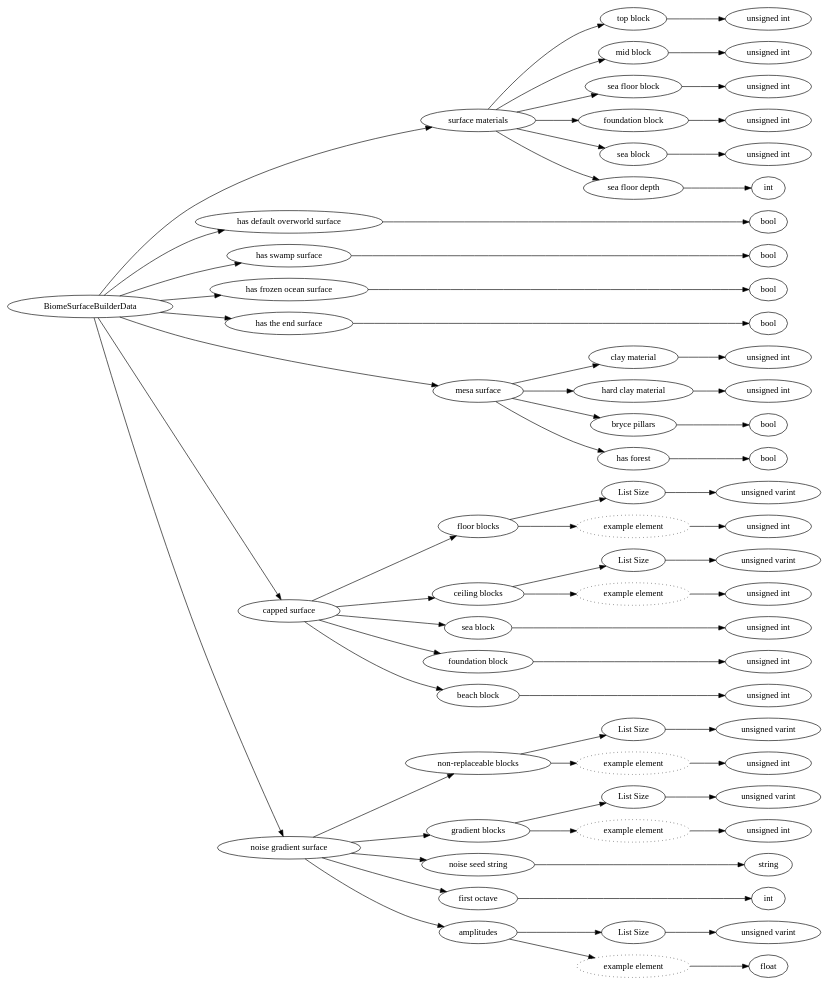
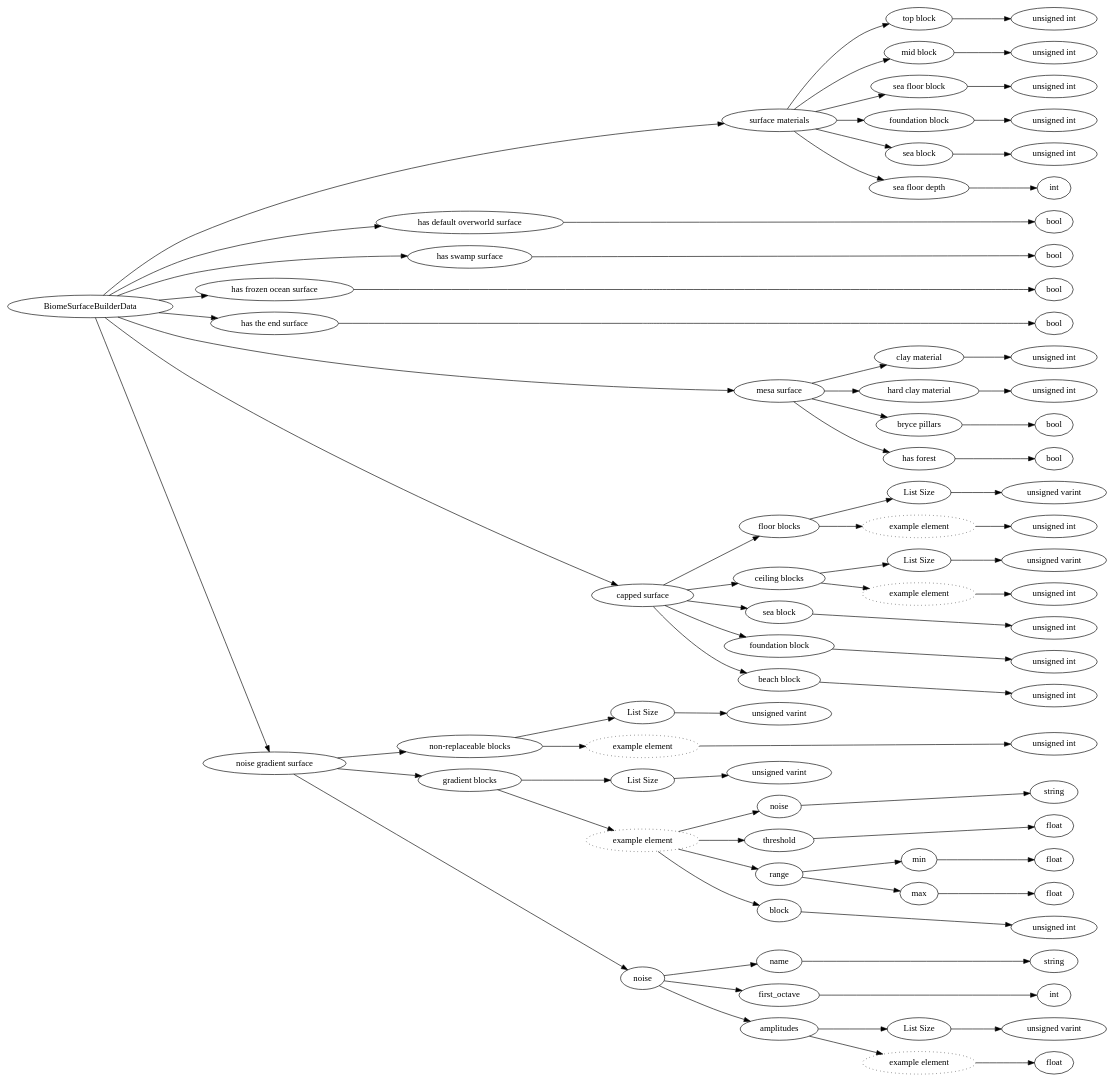
Before and after one commit to Mojang/bedrock-protocol-docs: the diagram in dot/BiomeSurfaceBuilderData.dot, drawn with Graphviz. The commit also changed 433 other files, not shown here.

```diff
--- a/dot/BiomeSurfaceBuilderData.dot
+++ b/dot/BiomeSurfaceBuilderData.dot
@@ -59,15 +59,26 @@
 55 -> 56
 54 -> 57
 57 -> 58
-48 -> 59
-59 -> 60
-48 -> 61
-61 -> 62
-48 -> 63
+58 -> 59
+57 -> 60
+60 -> 61
+57 -> 62
+62 -> 63
 63 -> 64
-64 -> 65
-63 -> 66
-66 -> 67
+62 -> 65
+65 -> 66
+57 -> 67
+67 -> 68
+48 -> 69
+69 -> 70
+70 -> 71
+69 -> 72
+72 -> 73
+69 -> 74
+74 -> 75
+75 -> 76
+74 -> 77
+77 -> 78
 
 0 [label="BiomeSurfaceBuilderData",comment="name: \"BiomeSurfaceBuilderData\", typeName: \"\", id: 0, branchId: 0, recurseId: -1, attributes: 0, notes: \"\""];
 1 [label="surface materials",comment="name: \"surface materials\", typeName: \"\", id: 1, branchId: 0, recurseId: -1, attributes: 0, notes: \"\""];
@@ -127,16 +138,27 @@
 55 [label="List Size",comment="name: \"List Size\", typeName: \"\", id: 55, branchId: 0, recurseId: -1, attributes: 0, notes: \"\""];
 56 [label="unsigned varint",comment="name: \"unsigned varint\", typeName: \"\", id: 56, branchId: 0, recurseId: -1, attributes: 0, notes: \"\""];
 57 [label="example element",style=dotted,comment="name: \"example element\", typeName: \"\", id: 57, branchId: 0, recurseId: -1, attributes: 16, notes: \"\""];
-58 [label="unsigned int",comment="name: \"unsigned int\", typeName: \"\", id: 58, branchId: 0, recurseId: -1, attributes: 512, notes: \"\""];
-59 [label="noise seed string",comment="name: \"noise seed string\", typeName: \"\", id: 59, branchId: 0, recurseId: -1, attributes: 0, notes: \"\""];
-60 [label="string",comment="name: \"string\", typeName: \"\", id: 60, branchId: 0, recurseId: -1, attributes: 512, notes: \"\""];
-61 [label="first octave",comment="name: \"first octave\", typeName: \"\", id: 61, branchId: 0, recurseId: -1, attributes: 0, notes: \"\""];
-62 [label="int",comment="name: \"int\", typeName: \"\", id: 62, branchId: 0, recurseId: -1, attributes: 512, notes: \"\""];
-63 [label="amplitudes",comment="name: \"amplitudes\", typeName: \"\", id: 63, branchId: 0, recurseId: -1, attributes: 0, notes: \"\""];
-64 [label="List Size",comment="name: \"List Size\", typeName: \"\", id: 64, branchId: 0, recurseId: -1, attributes: 0, notes: \"\""];
-65 [label="unsigned varint",comment="name: \"unsigned varint\", typeName: \"\", id: 65, branchId: 0, recurseId: -1, attributes: 0, notes: \"\""];
-66 [label="example element",style=dotted,comment="name: \"example element\", typeName: \"\", id: 66, branchId: 0, recurseId: -1, attributes: 16, notes: \"\""];
-67 [label="float",comment="name: \"float\", typeName: \"\", id: 67, branchId: 0, recurseId: -1, attributes: 512, notes: \"\""];
-{ rank = max;3;5;7;9;11;13;15;17;19;21;24;26;28;30;36;41;43;45;47;53;58;60;62;67}
+58 [label="noise",comment="name: \"noise\", typeName: \"\", id: 58, branchId: 0, recurseId: -1, attributes: 0, notes: \"\""];
+59 [label="string",comment="name: \"string\", typeName: \"\", id: 59, branchId: 0, recurseId: -1, attributes: 512, notes: \"\""];
+60 [label="threshold",comment="name: \"threshold\", typeName: \"\", id: 60, branchId: 0, recurseId: -1, attributes: 0, notes: \"\""];
+61 [label="float",comment="name: \"float\", typeName: \"\", id: 61, branchId: 0, recurseId: -1, attributes: 512, notes: \"\""];
+62 [label="range",comment="name: \"range\", typeName: \"\", id: 62, branchId: 0, recurseId: -1, attributes: 0, notes: \"\""];
+63 [label="min",comment="name: \"min\", typeName: \"\", id: 63, branchId: 0, recurseId: -1, attributes: 0, notes: \"\""];
+64 [label="float",comment="name: \"float\", typeName: \"\", id: 64, branchId: 0, recurseId: -1, attributes: 512, notes: \"\""];
+65 [label="max",comment="name: \"max\", typeName: \"\", id: 65, branchId: 0, recurseId: -1, attributes: 0, notes: \"\""];
+66 [label="float",comment="name: \"float\", typeName: \"\", id: 66, branchId: 0, recurseId: -1, attributes: 512, notes: \"\""];
+67 [label="block",comment="name: \"block\", typeName: \"\", id: 67, branchId: 0, recurseId: -1, attributes: 0, notes: \"\""];
+68 [label="unsigned int",comment="name: \"unsigned int\", typeName: \"\", id: 68, branchId: 0, recurseId: -1, attributes: 512, notes: \"\""];
+69 [label="noise",comment="name: \"noise\", typeName: \"\", id: 69, branchId: 0, recurseId: -1, attributes: 0, notes: \"\""];
+70 [label="name",comment="name: \"name\", typeName: \"\", id: 70, branchId: 0, recurseId: -1, attributes: 0, notes: \"The string used to initialize the noise. Has no impact on the qualitative aspects of the generated values.\""];
+71 [label="string",comment="name: \"string\", typeName: \"\", id: 71, branchId: 0, recurseId: -1, attributes: 512, notes: \"The string used to initialize the noise. Has no impact on the qualitative aspects of the generated values.\""];
+72 [label="first_octave",comment="name: \"first_octave\", typeName: \"\", id: 72, branchId: 0, recurseId: -1, attributes: 0, notes: \"Governs the general frequency characteristics of the generated noise. Lower value results in noise with lower frequency content.\""];
+73 [label="int",comment="name: \"int\", typeName: \"\", id: 73, branchId: 0, recurseId: -1, attributes: 512, notes: \"Governs the general frequency characteristics of the generated noise. Lower value results in noise with lower frequency content.\""];
+74 [label="amplitudes",comment="name: \"amplitudes\", typeName: \"\", id: 74, branchId: 0, recurseId: -1, attributes: 0, notes: \"Governs the attenuation of the first n octaves in the generated noise.\""];
+75 [label="List Size",comment="name: \"List Size\", typeName: \"\", id: 75, branchId: 0, recurseId: -1, attributes: 0, notes: \"\""];
+76 [label="unsigned varint",comment="name: \"unsigned varint\", typeName: \"\", id: 76, branchId: 0, recurseId: -1, attributes: 0, notes: \"\""];
+77 [label="example element",style=dotted,comment="name: \"example element\", typeName: \"\", id: 77, branchId: 0, recurseId: -1, attributes: 16, notes: \"\""];
+78 [label="float",comment="name: \"float\", typeName: \"\", id: 78, branchId: 0, recurseId: -1, attributes: 512, notes: \"\""];
+{ rank = max;3;5;7;9;11;13;15;17;19;21;24;26;28;30;36;41;43;45;47;53;59;61;64;66;68;71;73;78}
 
 }
```
